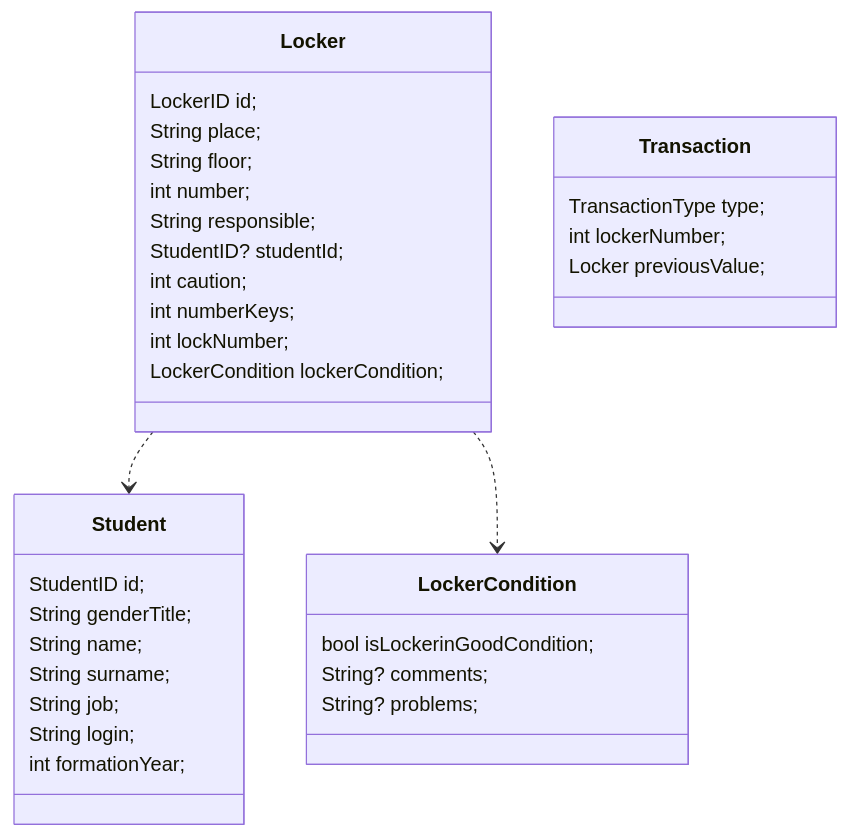
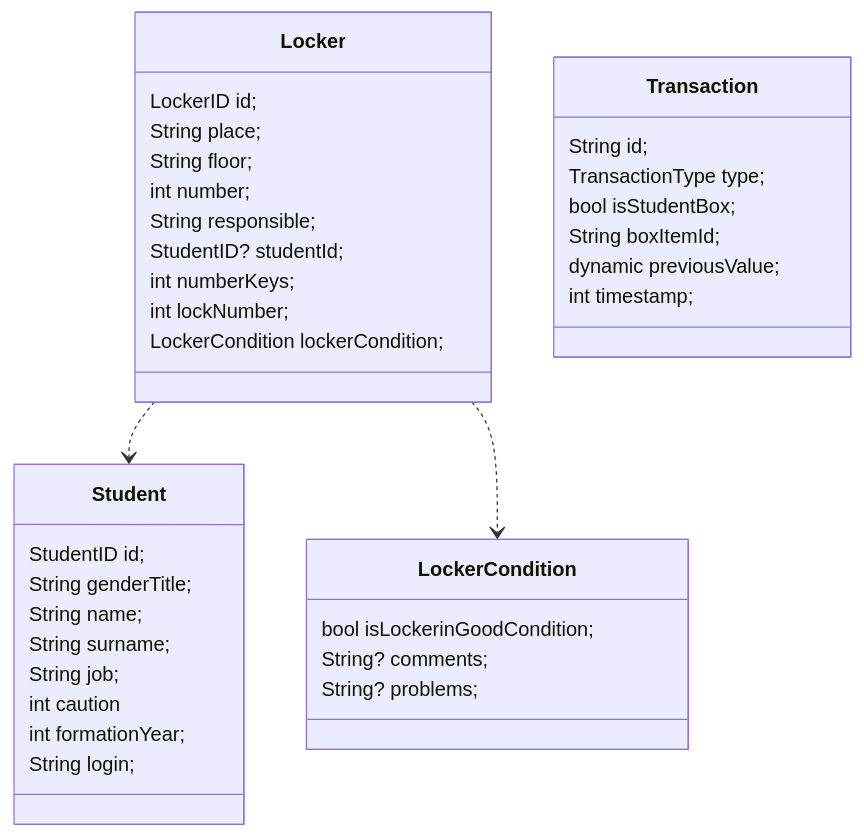
The diagram in README.md (cp-23fam/excel_gestion_casiers), drawn with Mermaid before and after one commit. The commit also changed other lines of this file, not shown here.

````diff
--- a/README.md
+++ b/README.md
@@ -13,40 +65,43 @@
 ```mermaid
 classDiagram
     Locker ..> Student
     Locker ..> LockerCondition
 
     class Locker {
         LockerID id;
         String place;
         String floor;
         int number;
         String responsible;
         StudentID? studentId;
-        int caution;
         int numberKeys;
         int lockNumber;
         LockerCondition lockerCondition;
     }
 
     class Student {
         StudentID id;
         String genderTitle;
         String name;
         String surname;
         String job;
+        int caution
+        int formationYear;
         String login;
-        int formationYear;
     }
 
     class LockerCondition {
         bool isLockerinGoodCondition;
         String? comments;
         String? problems;
     }
     
     class Transaction {
+	    String id;
 	    TransactionType type;
-	    int lockerNumber;
-	    Locker previousValue;
+	    bool isStudentBox;
+	    String boxItemId;
+	    dynamic previousValue;
+	    int timestamp;
     }
 ```
````
